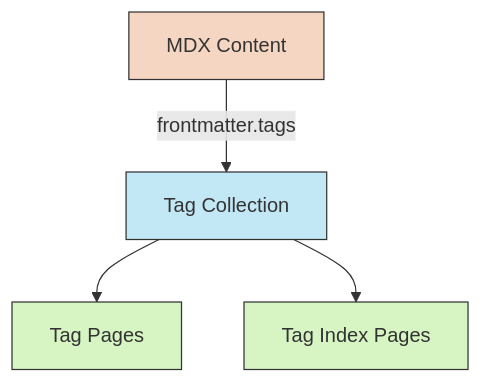
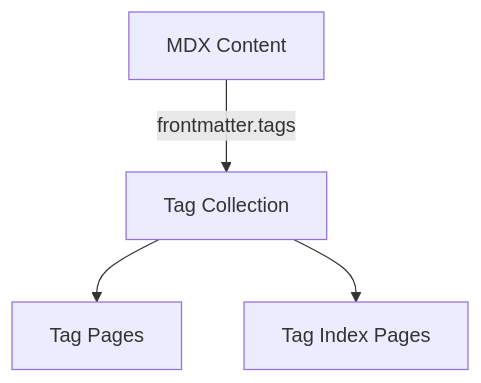
One commit to erfianugrah/revista-3 changed the third of 3 diagrams in src/README.md. Above: the diagram before and after it, drawn with Mermaid. The commit also changed other lines of this file and 4 other files, not shown here.

First line of the commit message:
chore: clean up docs — remove PLAN.md, merge Docker README, fix mermaid contrast

````diff
--- a/src/README.md
+++ b/src/README.md
@@ -287,14 +270,6 @@
 ```mermaid
 graph TD
     A["MDX Content"] -->|"frontmatter.tags"| B["Tag Collection"]
     B --> C["Tag Pages"]
     B --> D["Tag Index Pages"]
-
-    classDef content fill:#f5d6c3,stroke:#333,stroke-width:1px
-    classDef data fill:#c3e8f5,stroke:#333,stroke-width:1px
-    classDef page fill:#d6f5c3,stroke:#333,stroke-width:1px
-
-    class A content
-    class B data
-    class C,D page
 ```
````
